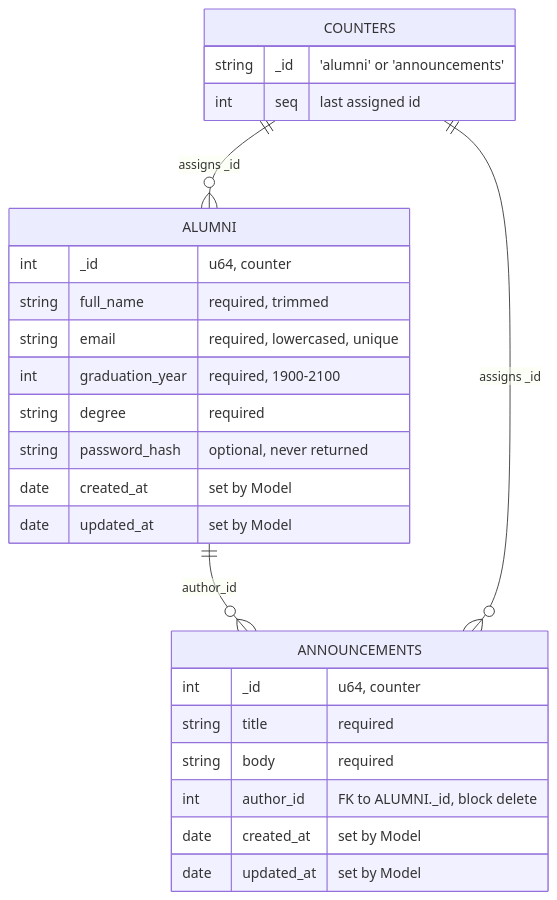
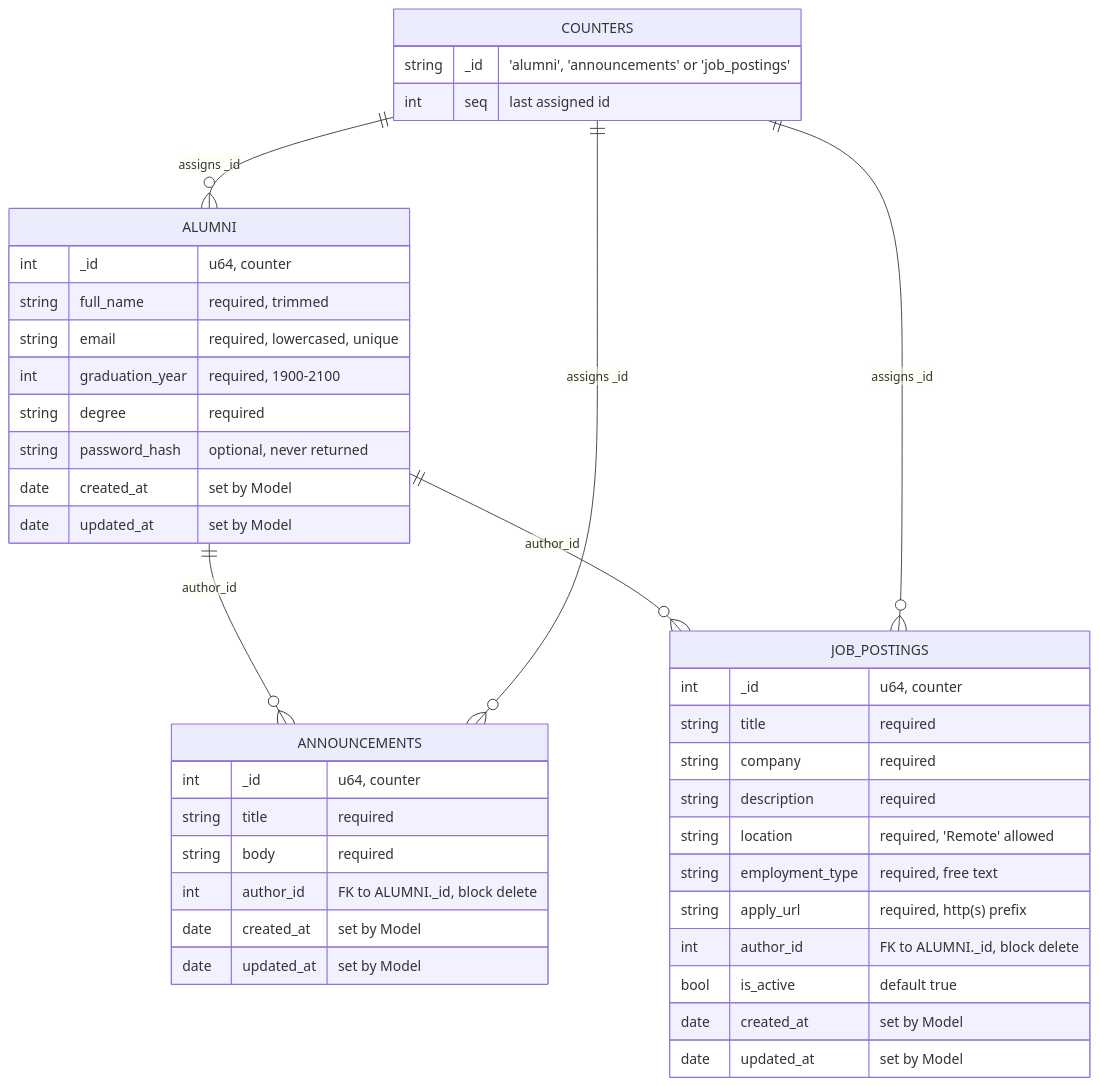
One commit to Berbadov/alumni changed the diagram in docs/ddd.md. Above: the diagram before and after it, drawn with Mermaid. The commit also changed other lines of this file and 14 other files, not shown here.

First line of the commit message:
feat: add job postings schema, migration, and JSON CRUD

````diff
--- a/docs/ddd.md
+++ b/docs/ddd.md
@@ -169,28 +222,43 @@
 ```mermaid
 erDiagram
     ALUMNI {
         int _id "u64, counter"
         string full_name "required, trimmed"
         string email "required, lowercased, unique"
         int graduation_year "required, 1900-2100"
         string degree "required"
         string password_hash "optional, never returned"
         date created_at "set by Model"
         date updated_at "set by Model"
     }
     ANNOUNCEMENTS {
         int _id "u64, counter"
         string title "required"
         string body "required"
         int author_id "FK to ALUMNI._id, block delete"
         date created_at "set by Model"
         date updated_at "set by Model"
     }
+    JOB_POSTINGS {
+        int _id "u64, counter"
+        string title "required"
+        string company "required"
+        string description "required"
+        string location "required, 'Remote' allowed"
+        string employment_type "required, free text"
+        string apply_url "required, http(s) prefix"
+        int author_id "FK to ALUMNI._id, block delete"
+        bool is_active "default true"
+        date created_at "set by Model"
+        date updated_at "set by Model"
+    }
     COUNTERS {
-        string _id "'alumni' or 'announcements'"
+        string _id "'alumni', 'announcements' or 'job_postings'"
         int seq "last assigned id"
     }
     ALUMNI ||--o{ ANNOUNCEMENTS : "author_id"
+    ALUMNI ||--o{ JOB_POSTINGS : "author_id"
     COUNTERS ||--o{ ALUMNI : "assigns _id"
     COUNTERS ||--o{ ANNOUNCEMENTS : "assigns _id"
+    COUNTERS ||--o{ JOB_POSTINGS : "assigns _id"
 ```
````
